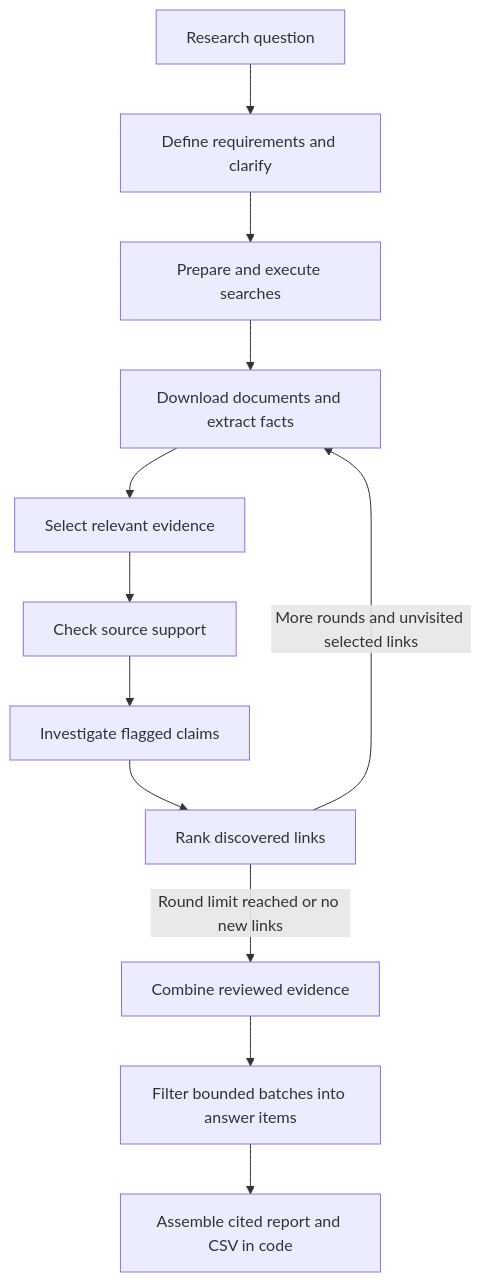
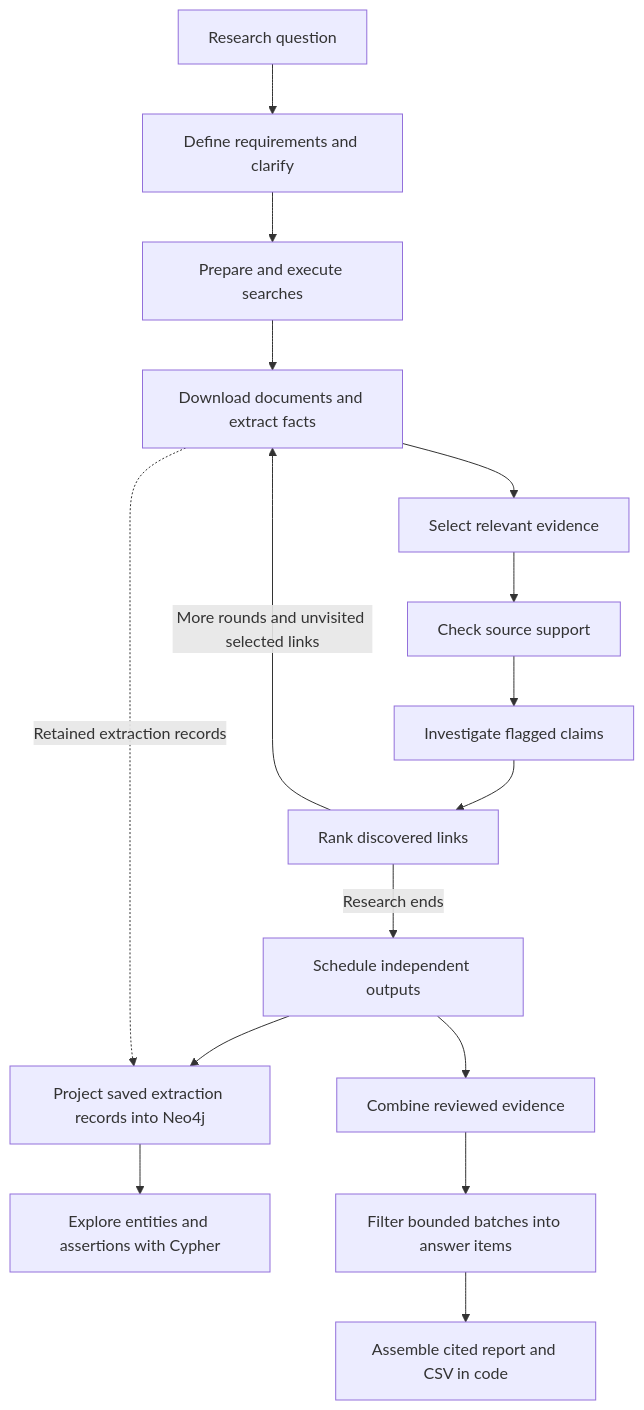
Before and after one commit to stochasticrobot/ProjectClarity: the diagram in README.md, drawn with Mermaid. The commit also changed other lines of this file and 79 other files, not shown here.

Commit message:
Add evidence knowledge graph, extraction repairs, and search resilience

````diff
--- a/README.md
+++ b/README.md
@@ -47,14 +52,18 @@
 ```mermaid
 flowchart TD
     Q[Research question] --> D[Define requirements and clarify]
     D --> S[Prepare and execute searches]
     S --> E[Download documents and extract facts]
     E --> F[Select relevant evidence]
     F --> T[Check source support]
     T --> I[Investigate flagged claims]
     I --> L[Rank discovered links]
     L -->|More rounds and unvisited selected links| E
-    L -->|Round limit reached or no new links| R[Combine reviewed evidence]
+    L -->|Research ends| END[Schedule independent outputs]
+    END --> R[Combine reviewed evidence]
+    END --> K[Project saved extraction records into Neo4j]
+    K --> G[Explore entities and assertions with Cypher]
+    E -.->|Retained extraction records| K
     R --> B[Filter bounded batches into answer items]
     B --> A[Assemble cited report and CSV in code]
 ```
````
